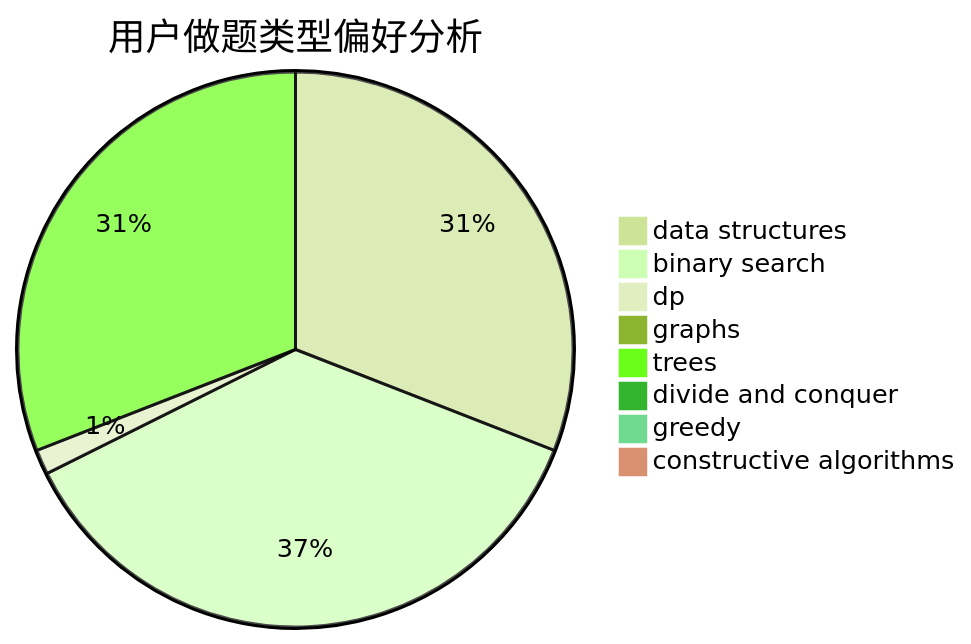
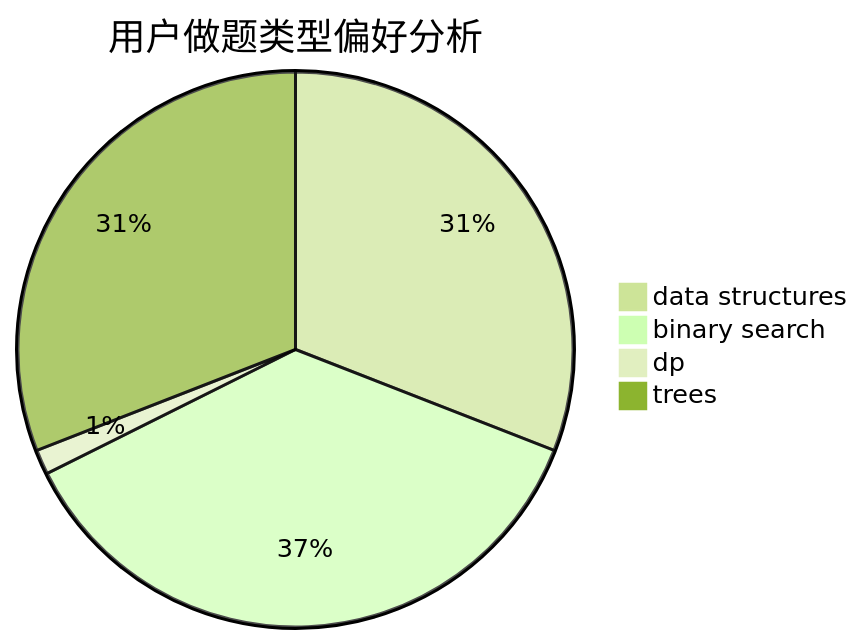
Before and after one commit to sherpahu/cfrs.github.io: the second of 3 diagrams in docs/user/u775.md, drawn with Mermaid (forest theme). The commit also changed other lines of this file and 2770 other files, not shown here.

````diff
--- a/docs/user/u775.md
+++ b/docs/user/u775.md
@@ -18,11 +14,7 @@
 ```mermaid
 pie title 用户做题类型偏好分析
     "data structures" :  64
     "binary search" :  76
     "dp" :  3
-    "graphs" :  0
     "trees" :  64
-    "divide and conquer" :  0
-    "greedy" :  0
-    "constructive algorithms" :  0
 ```
````
